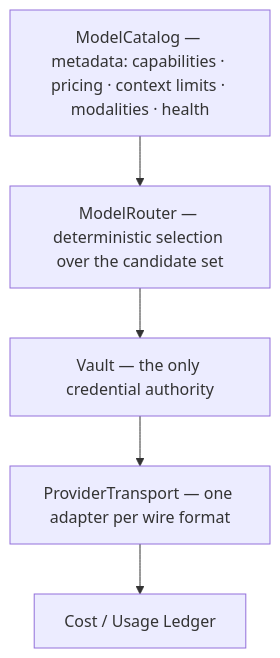
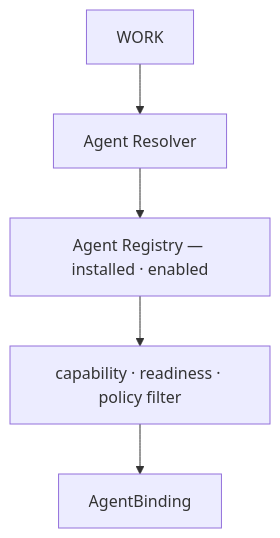
Before and after one commit to sarv-projects/EveryAIOS: the diagram in ARCH/ROUTING.md, drawn with Mermaid. The commit also changed other lines of this file and 35 other files, not shown here.

````diff
--- a/ARCH/ROUTING.md
+++ b/ARCH/ROUTING.md
@@ -10,7 +20,7 @@
 ```mermaid
 flowchart TD
-    MC["ModelCatalog — metadata: capabilities · pricing · context limits · modalities · health"] --> MR["ModelRouter — deterministic selection over the candidate set"]
-    MR --> V["Vault — the only credential authority"]
-    V --> PT["ProviderTransport — one adapter per wire format"]
-    PT --> CL["Cost / Usage Ledger"]
+    W["WORK"] --> AR["Agent Resolver"]
+    AR --> REG["Agent Registry — installed · enabled"]
+    REG --> F["capability · readiness · policy filter"]
+    F --> AB["AgentBinding"]
 ```
````
